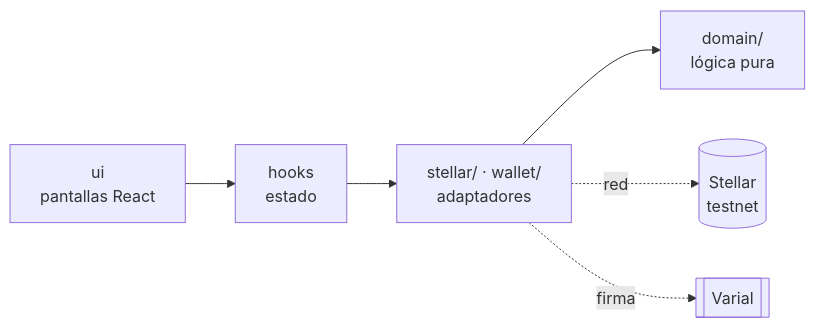
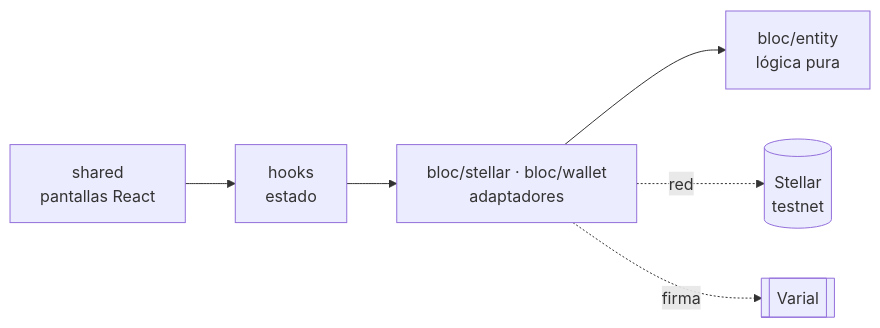
Before and after one commit to Oppia-Software-Labs/Pura-Vida-Bootcamp-1: the first of 4 diagrams in Roney Ruiz/context/structure.md, drawn with Mermaid. The commit also changed other lines of this file and 2 other files, not shown here.

Commit message:
docs: update structure for bloc folder layout

````diff
--- a/Roney Ruiz/context/structure.md
+++ b/Roney Ruiz/context/structure.md
@@ -48,8 +48,8 @@
 ```mermaid
 flowchart LR
-    UI["ui<br/>pantallas React"] --> H["hooks<br/>estado"]
-    H --> A["stellar/ · wallet/<br/>adaptadores"]
-    A --> D["domain/<br/>lógica pura"]
+    UI["shared<br/>pantallas React"] --> H["hooks<br/>estado"]
+    H --> A["bloc/stellar · bloc/wallet<br/>adaptadores"]
+    A --> D["bloc/entity<br/>lógica pura"]
     A -. red .-> N[("Stellar<br/>testnet")]
     A -. firma .-> W[["Varial"]]
 ```
````
